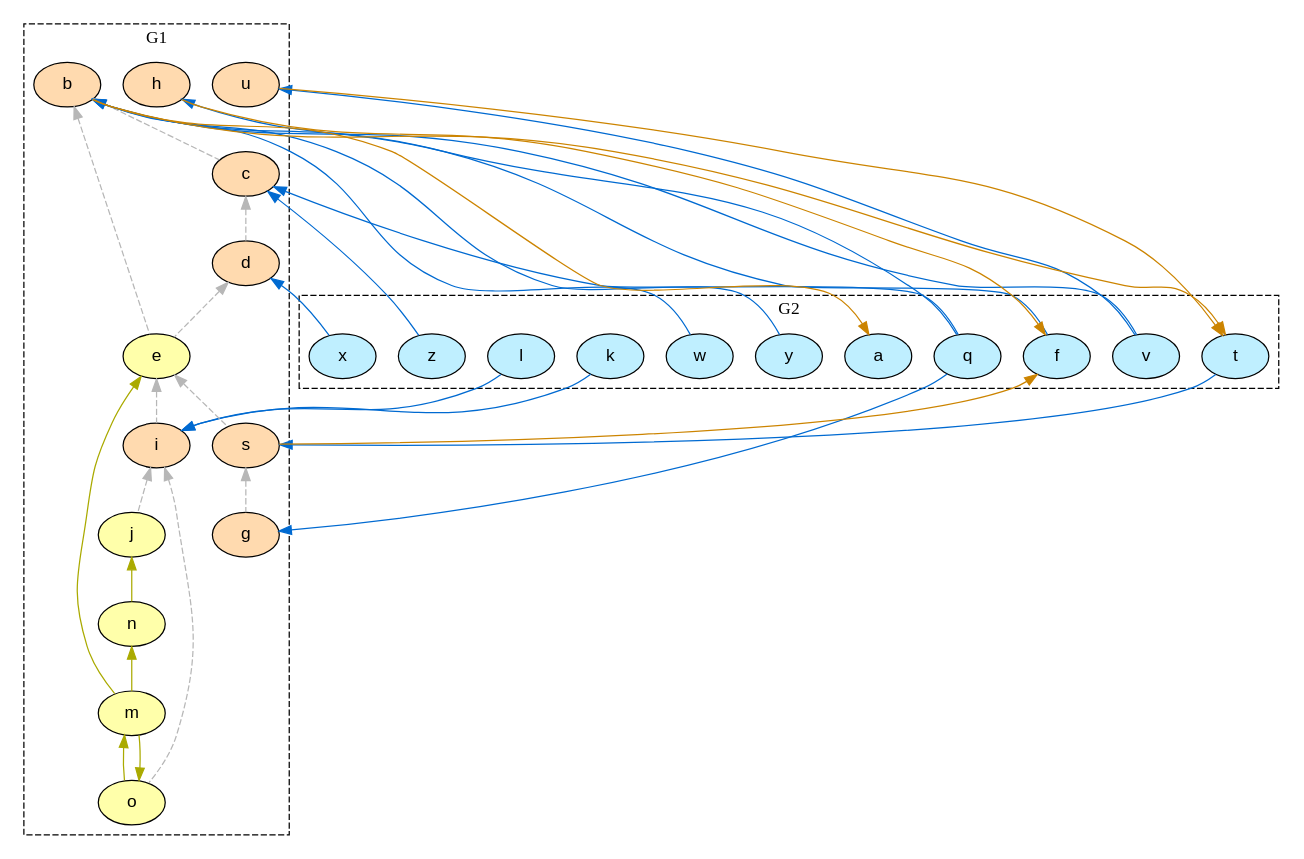
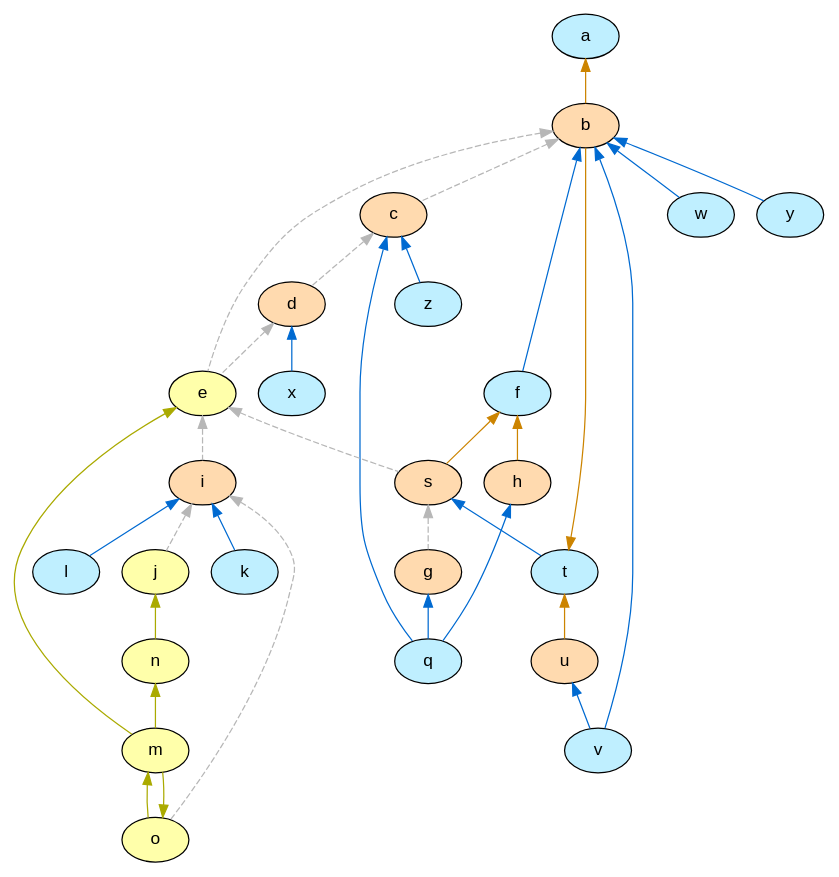
Before and after one commit to idaks/Games-and-Argumentation: the diagram in IDCC-2024/graphs/arg_graph_colored.dot, drawn with Graphviz. The commit also changed 20 other files, not shown here.

```diff
--- a/IDCC-2024/graphs/arg_graph_colored.dot
+++ b/IDCC-2024/graphs/arg_graph_colored.dot
@@ -1,48 +1,42 @@
 digraph G {
   node [shape=oval style=filled fontname=Helvetica fontsize=14]
-  subgraph cluster_g1{
-  label = "G1"; color = black; style ="dashed";
-    node [fillcolor="#ffdaaf" fontcolor="#000000"] b c d s g h i u;
-    node [fillcolor="#FFFFAA" fontcolor="#000000"] e j m o n;
-  }
-  subgraph cluster_g2{
-  label = "G2"; color = black; style ="dashed";
-    node [fillcolor="#bfefff" fontcolor="#000000"] a t f k l q v w x y z;
-  }
+  node [fillcolor="#ffdaaf" fontcolor="#000000"] b c d s g h i u;
+  node [fillcolor="#bfefff" fontcolor="#000000"] a t f k l q v w x y z;
+  node [fillcolor="#FFFFAA" fontcolor="#000000"] e j m o n;
   edge [dir=back, color="#cc8400", style="solid"]
         "a" -> "b";
         "t" -> "b";
         "f" -> "h";
         "f" -> "s";
         "t" -> "u";
   edge [dir=back, color="#b7b7b7", style="dashed"]
         "b" -> "c";
         "c" -> "d";
         "b" -> "e";
         "d" -> "e";
         "s" -> "g";
         "e" -> "i";
         "i" -> "j";
         "i" -> "o";
         "e" -> "s";
   edge [dir=back, color="#006ad1", style="solid"]
         "b" -> "f";
         "i" -> "k";
         "i" -> "l";
         "g" -> "q";
         "h" -> "q";
         "c" -> "q";
         "s" -> "t";
         "b" -> "v";
         "u" -> "v";
         "b" -> "w";
         "d" -> "x";
         "b" -> "y";
         "c" -> "z";
   edge [dir=back, color="#AAAA00", style="solid"]
         "e" -> "m";
         "o" -> "m";
         "n" -> "m";
         "j" -> "n";
         "m" -> "o";
 }
```
